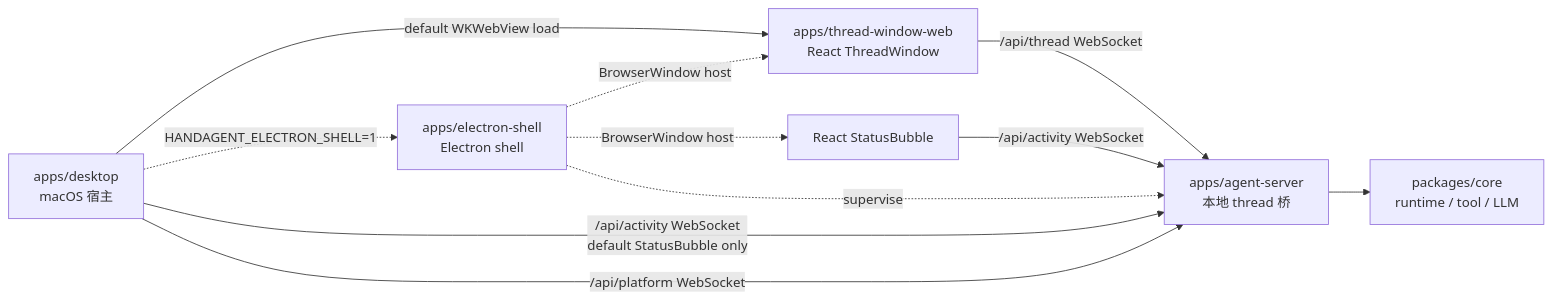
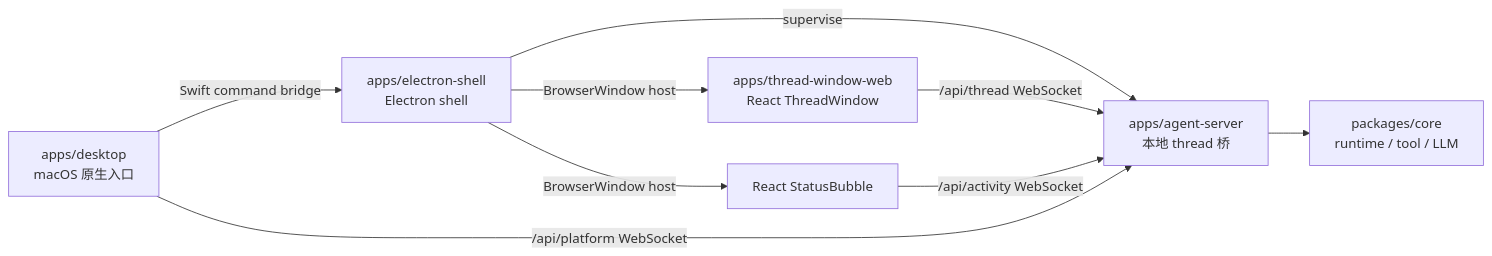
Before and after one commit to Lixuhang987/SpotAgent: the diagram in apps/apps.md, drawn with Mermaid. The commit also changed other lines of this file and 51 other files, not shown here.

Commit message:
refactor: make desktop electron ui shell only

````diff
--- a/apps/apps.md
+++ b/apps/apps.md
@@ -16,13 +16,11 @@
 ```mermaid
 flowchart LR
-  A[apps/desktop<br/>macOS 宿主] -->|default WKWebView load| W[apps/thread-window-web<br/>React ThreadWindow]
-  A -. HANDAGENT_ELECTRON_SHELL=1 .-> E[apps/electron-shell<br/>Electron shell]
-  E -. BrowserWindow host .-> W
-  E -. BrowserWindow host .-> S[React StatusBubble]
-  E -. supervise .-> B
-  W -->|/api/thread WebSocket| B[apps/agent-server<br/>本地 thread 桥]
+  A[apps/desktop<br/>macOS 原生入口] -->|Swift command bridge| E[apps/electron-shell<br/>Electron shell]
+  E -->|BrowserWindow host| W[apps/thread-window-web<br/>React ThreadWindow]
+  E -->|BrowserWindow host| S[React StatusBubble]
+  E -->|supervise| B[apps/agent-server<br/>本地 thread 桥]
+  W -->|/api/thread WebSocket| B
   S -->|/api/activity WebSocket| B
-  A -->|/api/activity WebSocket<br/>default StatusBubble only| B
   A -->|/api/platform WebSocket| B
   B --> C[packages/core<br/>runtime / tool / LLM]
 ```
````
